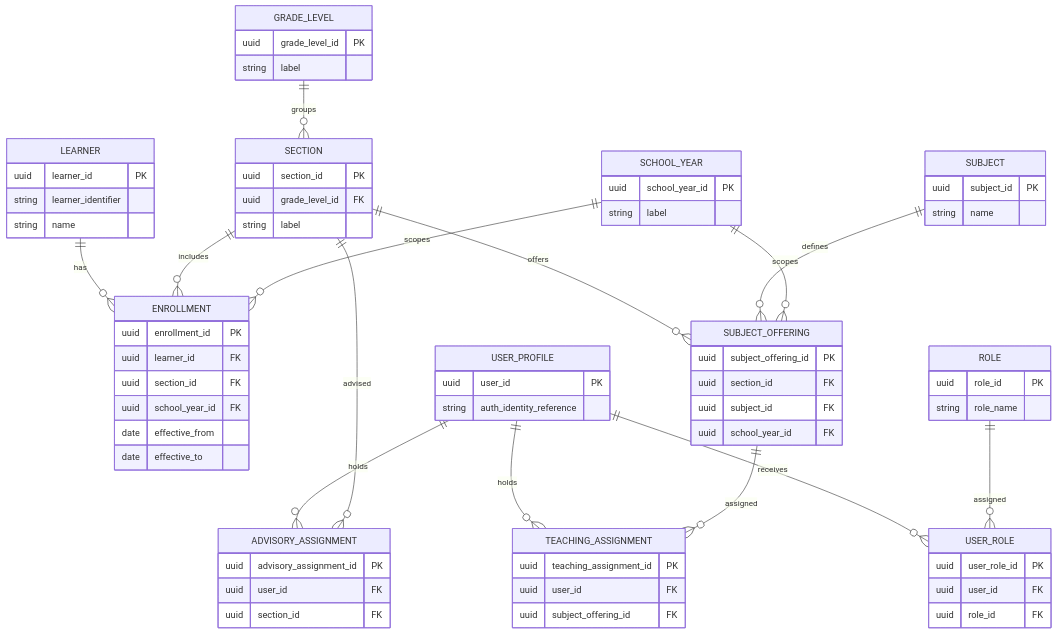
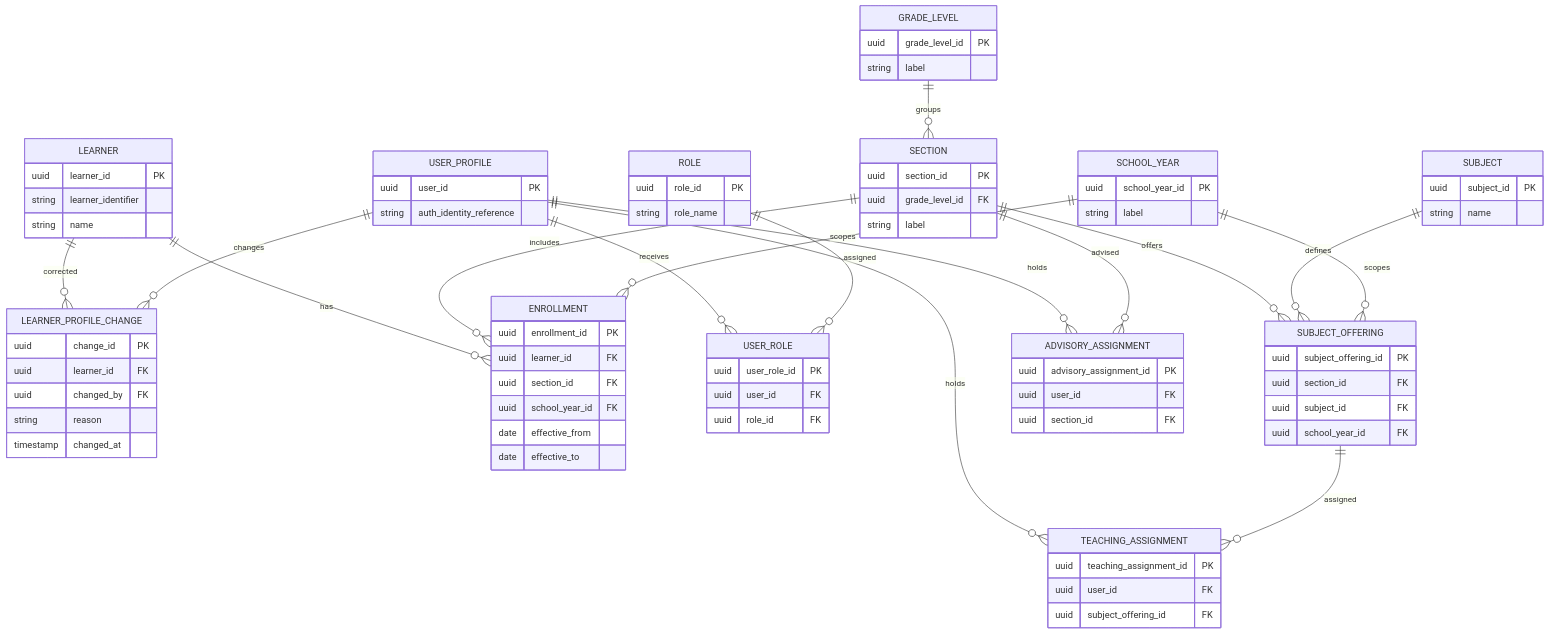
One commit to kennethcalmantecalingacion-jpg/SSMS-SYSTEM-capstone changed the first of 3 diagrams in docs/DATA-MODEL-ERD.md. Above: the diagram before and after it, drawn with Mermaid. The commit also changed other lines of this file and 32 other files, not shown here.

```diff
--- a/docs/DATA-MODEL-ERD.md
+++ b/docs/DATA-MODEL-ERD.md
@@ -54,6 +79,13 @@
         uuid learner_id PK
         string learner_identifier
         string name
+    }
+    LEARNER_PROFILE_CHANGE {
+        uuid change_id PK
+        uuid learner_id FK
+        uuid changed_by FK
+        string reason
+        timestamp changed_at
     }
     GRADE_LEVEL {
         uuid grade_level_id PK
@@ -111,6 +143,8 @@
     }
     GRADE_LEVEL ||--o{ SECTION : groups
     LEARNER ||--o{ ENROLLMENT : has
+    LEARNER ||--o{ LEARNER_PROFILE_CHANGE : corrected
+    USER_PROFILE ||--o{ LEARNER_PROFILE_CHANGE : changes
     SECTION ||--o{ ENROLLMENT : includes
     SCHOOL_YEAR ||--o{ ENROLLMENT : scopes
     SECTION ||--o{ SUBJECT_OFFERING : offers
```
